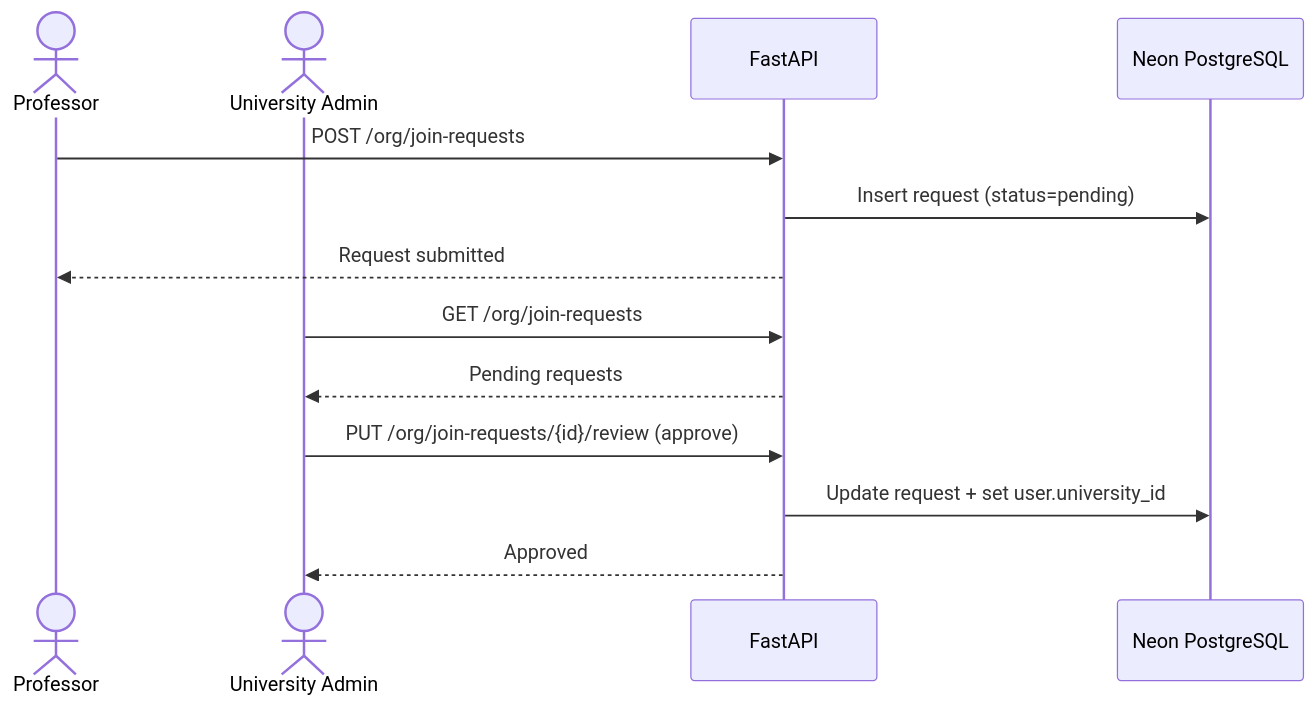
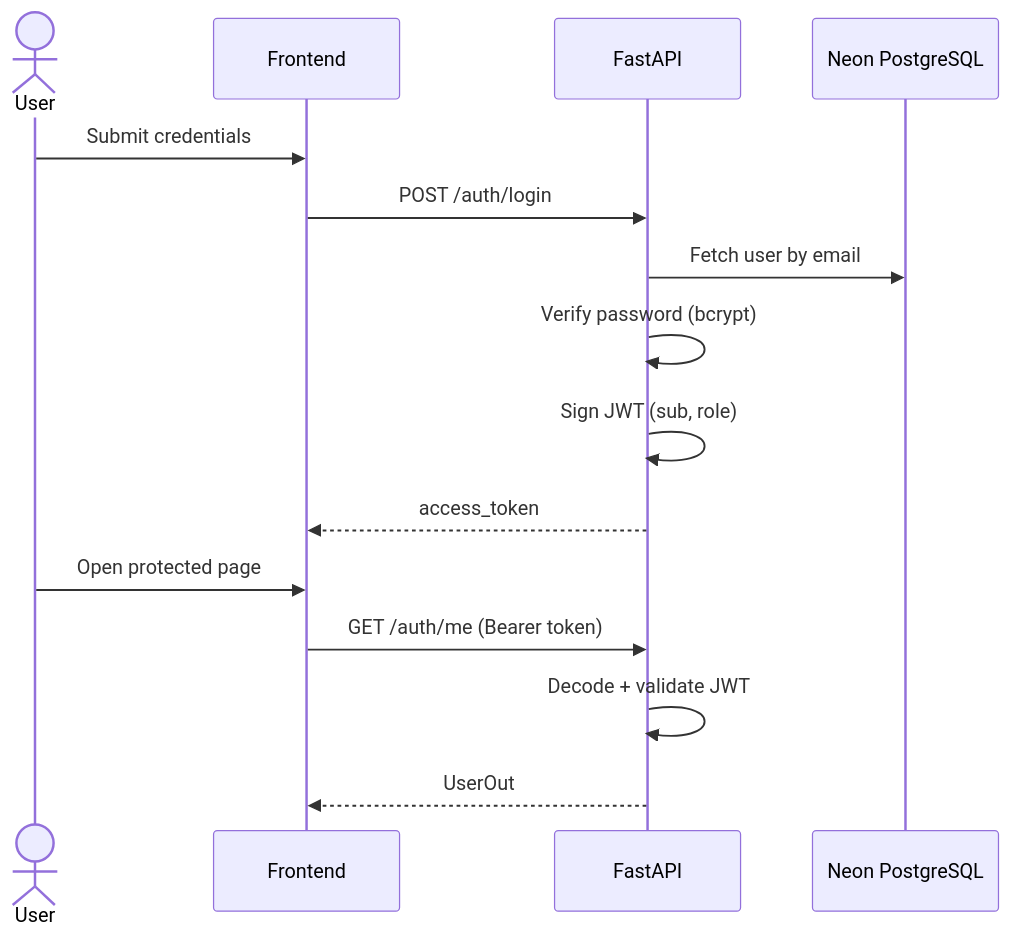
One commit to yazidha09/Hub4Learners changed the fifth of 5 diagrams in docs/sprints/SPRINT_1.md. Above: the diagram before and after it, drawn with Mermaid. The commit also changed other lines of this file and 1 other file, not shown here.

````diff
--- a/docs/sprints/SPRINT_1.md
+++ b/docs/sprints/SPRINT_1.md
@@ -156,17 +108,19 @@
 ```mermaid
 sequenceDiagram
-    actor Professor
-    actor UniAdmin as University Admin
+    actor User
+    participant Frontend
     participant API as FastAPI
     participant DB as Neon PostgreSQL
 
-    Professor->>API: POST /org/join-requests
-    API->>DB: Insert request (status=pending)
-    API-->>Professor: Request submitted
+    User->>Frontend: Submit credentials
+    Frontend->>API: POST /auth/login
+    API->>DB: Fetch user by email
+    API->>API: Verify password (bcrypt)
+    API->>API: Sign JWT (sub, role)
+    API-->>Frontend: access_token
 
-    UniAdmin->>API: GET /org/join-requests
-    API-->>UniAdmin: Pending requests
-    UniAdmin->>API: PUT /org/join-requests/{id}/review (approve)
-    API->>DB: Update request + set user.university_id
-    API-->>UniAdmin: Approved
+    User->>Frontend: Open protected page
+    Frontend->>API: GET /auth/me (Bearer token)
+    API->>API: Decode + validate JWT
+    API-->>Frontend: UserOut
 ```
````
